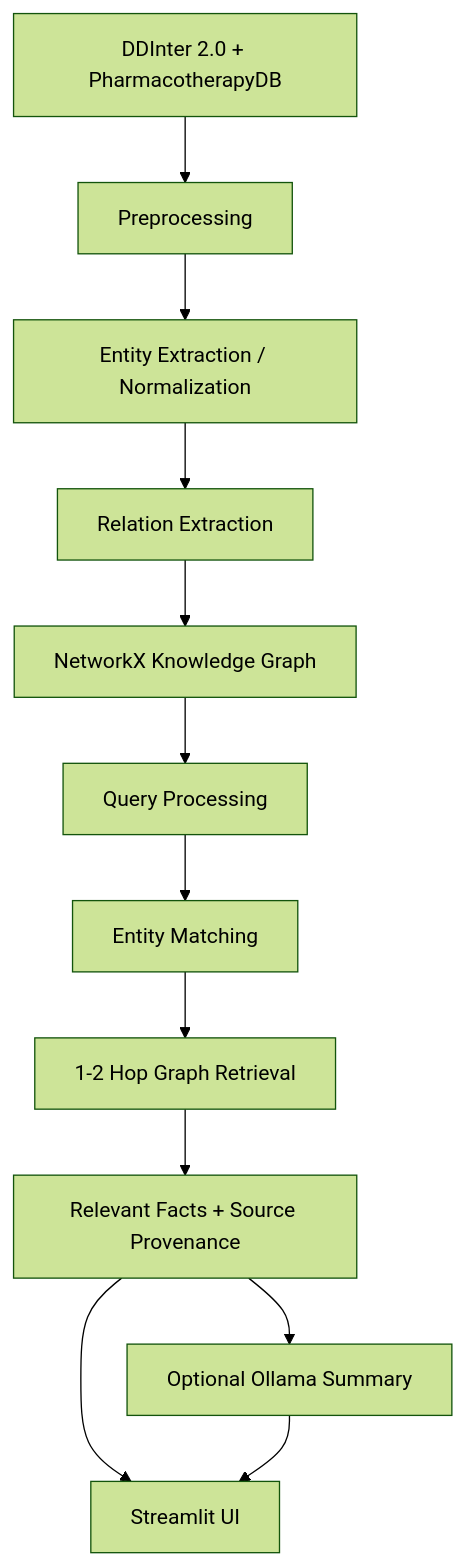
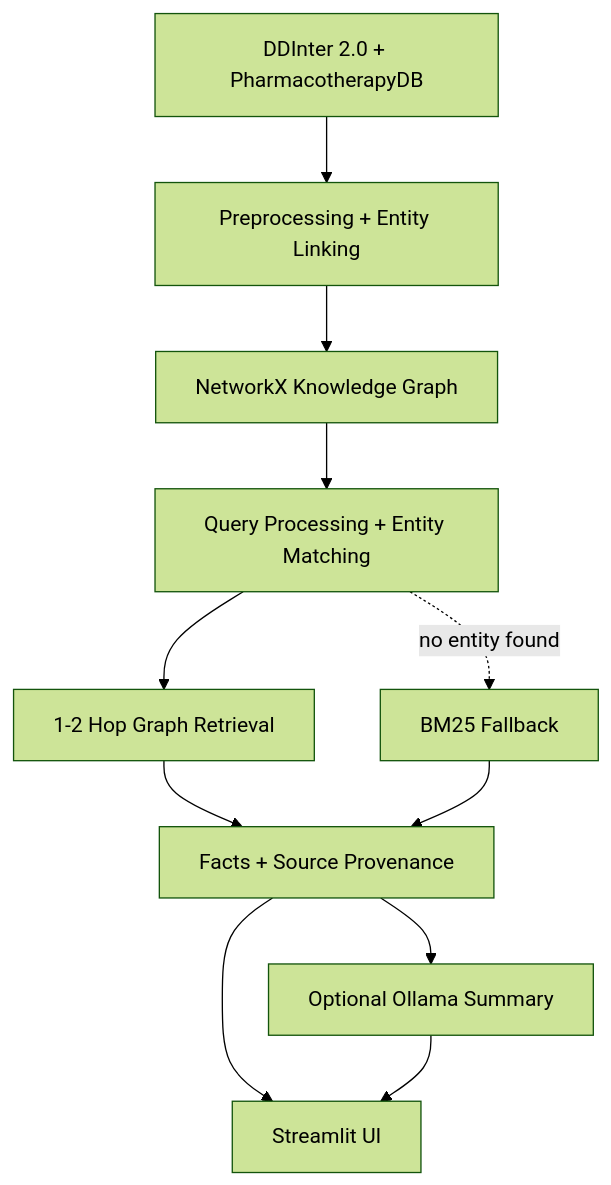
Before and after one commit to Kaaviya-S-S/MedGraphIR: the diagram in README.md, drawn with Mermaid (forest theme). The commit also changed other lines of this file and 4 other files, not shown here.

Commit message:
Added BM25 leximal match as a fall-back for graph based retrieval

````diff
--- a/README.md
+++ b/README.md
@@ -18,14 +9,13 @@
 ```mermaid
 flowchart TD
-    A[DDInter 2.0 + PharmacotherapyDB] --> B[Preprocessing]
-    B --> C[Entity Extraction / Normalization]
-    C --> D[Relation Extraction]
-    D --> E[NetworkX Knowledge Graph]
-    E --> F[Query Processing]
-    F --> G[Entity Matching]
-    G --> H[1-2 Hop Graph Retrieval]
-    H --> I[Relevant Facts + Source Provenance]
-    I --> J[Optional Ollama Summary]
-    I --> K[Streamlit UI]
-    J --> K
+    A[DDInter 2.0 + PharmacotherapyDB] --> B[Preprocessing + Entity Linking]
+    B --> C[NetworkX Knowledge Graph]
+    C --> D[Query Processing + Entity Matching]
+    D --> E[1-2 Hop Graph Retrieval]
+    D -. no entity found .-> F[BM25 Fallback]
+    E --> G[Facts + Source Provenance]
+    F --> G
+    G --> H[Optional Ollama Summary]
+    G --> I[Streamlit UI]
+    H --> I
 ```
````
